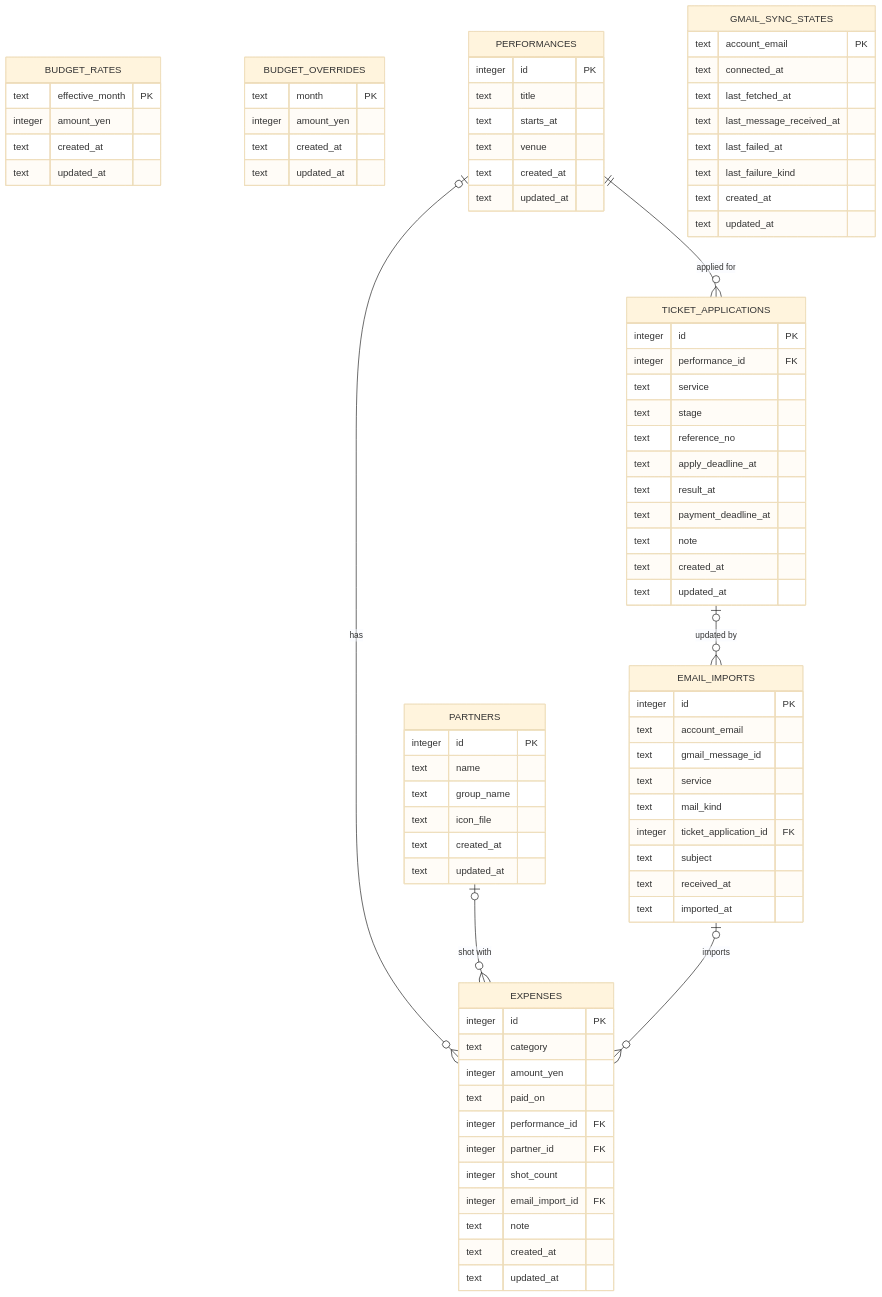
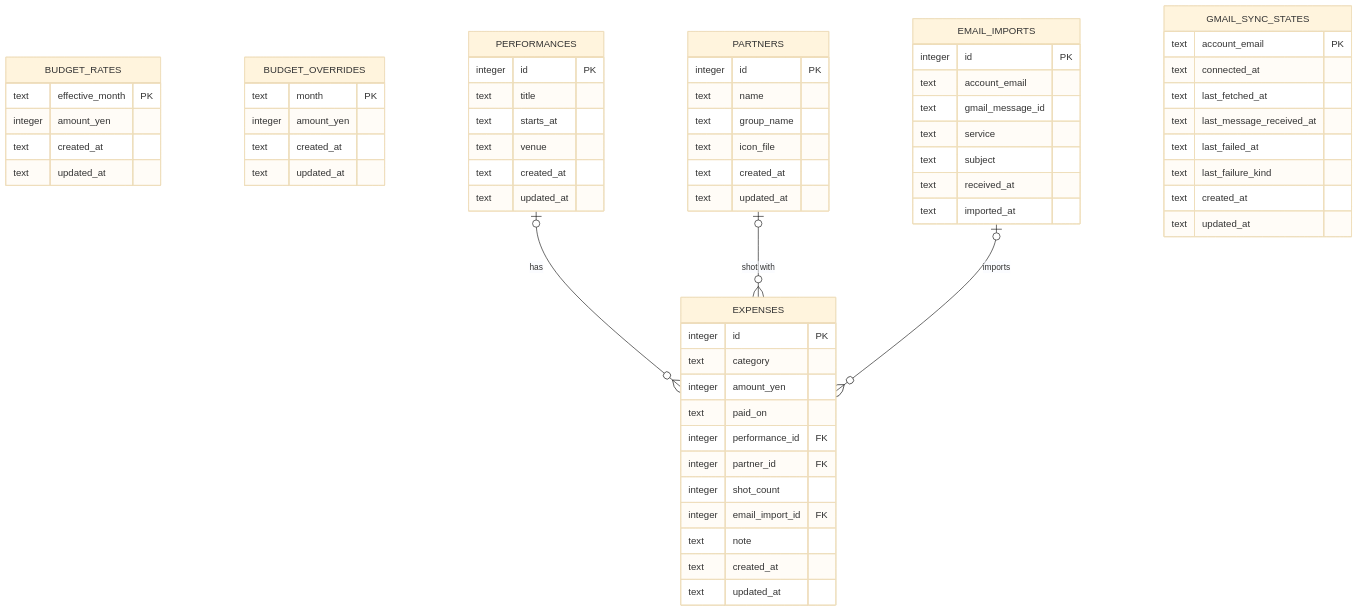
Before and after one commit to r0227n/kakin: the diagram in docs/DB.md, drawn with Mermaid (base theme). The commit also changed other lines of this file and 92 other files, not shown here.

````diff
--- a/docs/DB.md
+++ b/docs/DB.md
@@ -105,27 +103,11 @@
     text updated_at
   }
 
-  TICKET_APPLICATIONS {
-    integer id PK
-    integer performance_id FK
-    text service
-    text stage
-    text reference_no
-    text apply_deadline_at
-    text result_at
-    text payment_deadline_at
-    text note
-    text created_at
-    text updated_at
-  }
-
   EMAIL_IMPORTS {
     integer id PK
     text account_email
     text gmail_message_id
     text service
-    text mail_kind
-    integer ticket_application_id FK
     text subject
     text received_at
     text imported_at
@@ -145,6 +127,4 @@
   PERFORMANCES |o--o{ EXPENSES : "has"
   PARTNERS |o--o{ EXPENSES : "shot with"
   EMAIL_IMPORTS |o--o{ EXPENSES : "imports"
-  PERFORMANCES ||--o{ TICKET_APPLICATIONS : "applied for"
-  TICKET_APPLICATIONS |o--o{ EMAIL_IMPORTS : "updated by"
 ```
````
